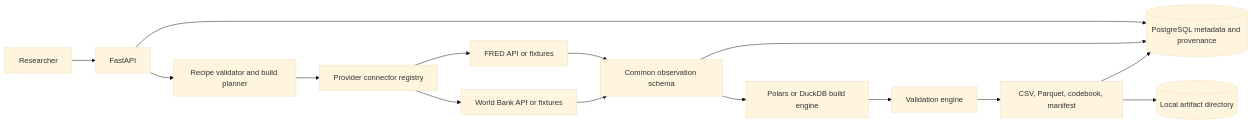
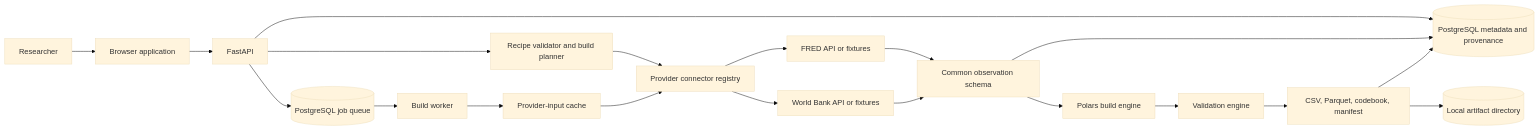
The first of 3 diagrams in docs/SYSTEM_DESIGN.md (atharvanaik06/research-data-builder), drawn with Mermaid (base theme) before and after one commit. The commit also changed other lines of this file and 9 other files, not shown here.

````diff
--- a/docs/SYSTEM_DESIGN.md
+++ b/docs/SYSTEM_DESIGN.md
@@ -211,17 +233,22 @@
 ```mermaid
 flowchart LR
-    User[Researcher] --> API[FastAPI]
+    User[Researcher] --> UI[Browser application]
+    UI --> API[FastAPI]
     API --> DB[(PostgreSQL metadata and provenance)]
     API --> Planner[Recipe validator and build planner]
+    API --> Queue[(PostgreSQL job queue)]
+    Queue --> Worker[Build worker]
     Planner --> Registry[Provider connector registry]
+    Worker --> Cache[Provider-input cache]
+    Cache --> Registry
     Registry --> FRED[FRED API or fixtures]
     Registry --> WB[World Bank API or fixtures]
     FRED --> Normalize[Common observation schema]
     WB --> Normalize
     Normalize --> DB
-    Normalize --> Engine[Polars or DuckDB build engine]
+    Normalize --> Engine[Polars build engine]
     Engine --> Validate[Validation engine]
     Validate --> Export[CSV, Parquet, codebook, manifest]
     Export --> Files[(Local artifact directory)]
     Export --> DB
 ```
````
